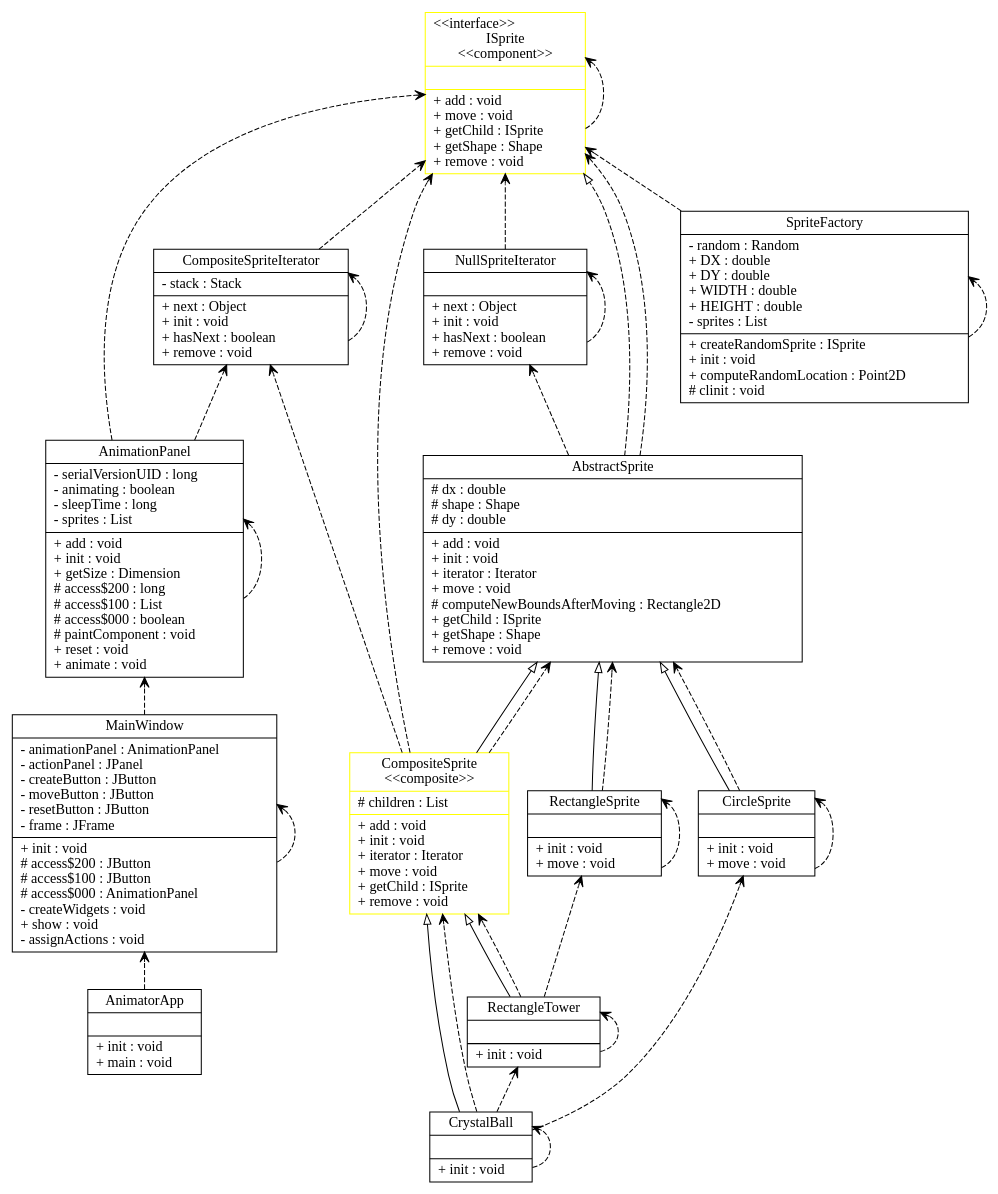
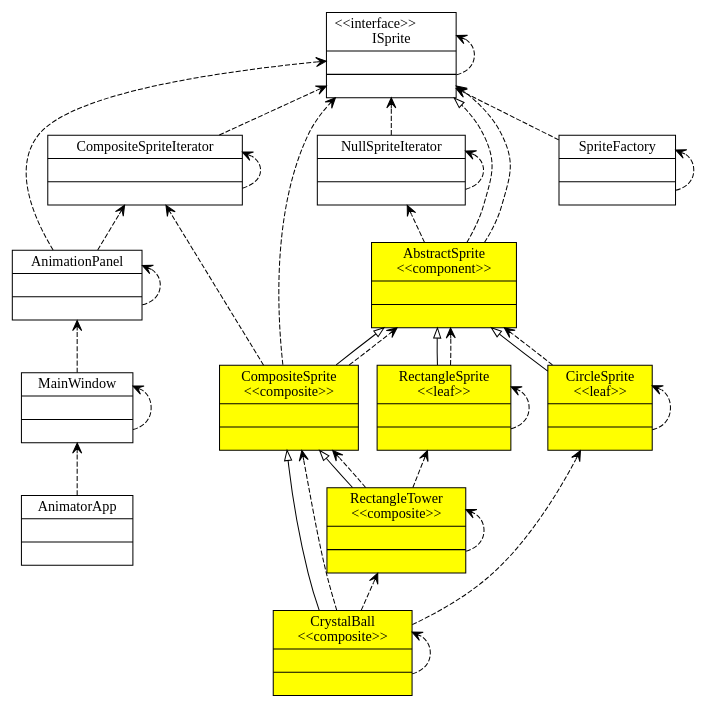
Before and after one commit to cbudo/UMLCreator: the diagram in graph_text/generated_graph.gv, drawn with Graphviz. The commit also changed 5 other files, not shown here.

```diff
--- a/graph_text/generated_graph.gv
+++ b/graph_text/generated_graph.gv
@@ -1,179 +1,103 @@
 digraph UML_Diagram
 {
 rankdir=BT;
 
 RectangleSprite [
-shape = "record", color="black", fillcolor=white, style=filled,
-label = "{RectangleSprite\n|
-|+ init : void\l
-+ move : void\l
-}"];
+shape = "record", color="black", fillcolor=yellow, style=filled,
+label = "{RectangleSprite\n\<\<leaf\>\>\n|
+|}"];
 RectangleSprite -> AbstractSprite [arrowhead="onormal", style="solid"];
 
 CompositeSprite [
-shape = "record", color="yellow", fillcolor=white, style=filled,
+shape = "record", color="black", fillcolor=yellow, style=filled,
 label = "{CompositeSprite\n\<\<composite\>\>\n|
-# children : List\l
-|+ add : void\l
-+ init : void\l
-+ iterator : Iterator\l
-+ move : void\l
-+ getChild : ISprite\l
-+ remove : void\l
-}"];
+|}"];
 CompositeSprite -> AbstractSprite [arrowhead="onormal", style="solid"];
 
 SpriteFactory [
 shape = "record", color="black", fillcolor=white, style=filled,
 label = "{SpriteFactory\n|
-- random : Random\l
-+ DX : double\l
-+ DY : double\l
-+ WIDTH : double\l
-+ HEIGHT : double\l
-- sprites : List\l
-|+ createRandomSprite : ISprite\l
-+ init : void\l
-+ computeRandomLocation : Point2D\l
-# clinit : void\l
-}"];
+|}"];
 
 MainWindow [
 shape = "record", color="black", fillcolor=white, style=filled,
 label = "{MainWindow\n|
-- animationPanel : AnimationPanel\l
-- actionPanel : JPanel\l
-- createButton : JButton\l
-- moveButton : JButton\l
-- resetButton : JButton\l
-- frame : JFrame\l
-|+ init : void\l
-# access$200 : JButton\l
-# access$100 : JButton\l
-# access$000 : AnimationPanel\l
-- createWidgets : void\l
-+ show : void\l
-- assignActions : void\l
-}"];
+|}"];
 
 NullSpriteIterator [
 shape = "record", color="black", fillcolor=white, style=filled,
 label = "{NullSpriteIterator\n|
-|+ next : Object\l
-+ init : void\l
-+ hasNext : boolean\l
-+ remove : void\l
-}"];
+|}"];
 
 CompositeSpriteIterator [
 shape = "record", color="black", fillcolor=white, style=filled,
 label = "{CompositeSpriteIterator\n|
-- stack : Stack\l
-|+ next : Object\l
-+ init : void\l
-+ hasNext : boolean\l
-+ remove : void\l
-}"];
+|}"];
 
 CrystalBall [
-shape = "record", color="black", fillcolor=white, style=filled,
-label = "{CrystalBall\n|
-|+ init : void\l
-}"];
+shape = "record", color="black", fillcolor=yellow, style=filled,
+label = "{CrystalBall\n\<\<composite\>\>\n|
+|}"];
 CrystalBall -> CompositeSprite [arrowhead="onormal", style="solid"];
 
 AnimationPanel [
 shape = "record", color="black", fillcolor=white, style=filled,
 label = "{AnimationPanel\n|
-- serialVersionUID : long\l
-- animating : boolean\l
-- sleepTime : long\l
-- sprites : List\l
-|+ add : void\l
-+ init : void\l
-+ getSize : Dimension\l
-# access$200 : long\l
-# access$100 : List\l
-# access$000 : boolean\l
-# paintComponent : void\l
-+ reset : void\l
-+ animate : void\l
-}"];
+|}"];
 
 CircleSprite [
-shape = "record", color="black", fillcolor=white, style=filled,
-label = "{CircleSprite\n|
-|+ init : void\l
-+ move : void\l
-}"];
+shape = "record", color="black", fillcolor=yellow, style=filled,
+label = "{CircleSprite\n\<\<leaf\>\>\n|
+|}"];
 CircleSprite -> AbstractSprite [arrowhead="onormal", style="solid"];
 
 RectangleTower [
-shape = "record", color="black", fillcolor=white, style=filled,
-label = "{RectangleTower\n|
-|+ init : void\l
-}"];
+shape = "record", color="black", fillcolor=yellow, style=filled,
+label = "{RectangleTower\n\<\<composite\>\>\n|
+|}"];
 RectangleTower -> CompositeSprite [arrowhead="onormal", style="solid"];
 
 AnimatorApp [
 shape = "record", color="black", fillcolor=white, style=filled,
 label = "{AnimatorApp\n|
-|+ init : void\l
-+ main : void\l
-}"];
+|}"];
 
 ISprite [
-shape = "record", color="yellow", fillcolor=white, style=filled,
-label = "{\<\<interface\>\>\lISprite\n\<\<component\>\>\n||+ add : void\l
-+ move : void\l
-+ getChild : ISprite\l
-+ getShape : Shape\l
-+ remove : void\l
-}"];
+shape = "record", color="black", fillcolor=white, style=filled,
+label = "{\<\<interface\>\>\lISprite\n||}"];
 
 AbstractSprite [
-shape = "record", color="black ", fillcolor=white, style=filled,
-label = "{AbstractSprite\n|# dx : double\l
-# shape : Shape\l
-# dy : double\l
-|+ add : void\l
-+ init : void\l
-+ iterator : Iterator\l
-+ move : void\l
-# computeNewBoundsAfterMoving : Rectangle2D\l
-+ getChild : ISprite\l
-+ getShape : Shape\l
-+ remove : void\l
-}"];
+shape = "record", color="black ", fillcolor=yellow, style=filled,
+label = "{AbstractSprite\n\<\<component\>\>\n||}"];
 AbstractSprite -> ISprite [arrowhead="onormal", style="dashed"];
 AnimatorApp -> MainWindow [label = "", arrowhead="vee", style="dashed"];
 AnimationPanel -> ISprite [label = "", arrowhead="vee", style="dashed"];
 AnimationPanel -> AnimationPanel [label = "", arrowhead="vee", style="dashed"];
 AnimationPanel -> CompositeSpriteIterator [label = "", arrowhead="vee", style="dashed"];
 MainWindow -> MainWindow [label = "", arrowhead="vee", style="dashed"];
 MainWindow -> AnimationPanel [label = "", arrowhead="vee", style="dashed"];
 AbstractSprite -> ISprite [label = "", arrowhead="vee", style="dashed"];
 AbstractSprite -> NullSpriteIterator [label = "", arrowhead="vee", style="dashed"];
 CircleSprite -> AbstractSprite [label = "", arrowhead="vee", style="dashed"];
 CircleSprite -> CircleSprite [label = "", arrowhead="vee", style="dashed"];
 CompositeSprite -> AbstractSprite [label = "", arrowhead="vee", style="dashed"];
 CompositeSprite -> CompositeSpriteIterator [label = "", arrowhead="vee", style="dashed"];
 CompositeSprite -> ISprite [label = "", arrowhead="vee", style="dashed"];
 CompositeSpriteIterator -> CompositeSpriteIterator [label = "", arrowhead="vee", style="dashed"];
 CompositeSpriteIterator -> ISprite [label = "", arrowhead="vee", style="dashed"];
 CrystalBall -> CompositeSprite [label = "", arrowhead="vee", style="dashed"];
 CrystalBall -> RectangleTower [label = "", arrowhead="vee", style="dashed"];
 CrystalBall -> CrystalBall [label = "", arrowhead="vee", style="dashed"];
 CrystalBall -> CircleSprite [label = "", arrowhead="vee", style="dashed"];
 ISprite -> ISprite [label = "", arrowhead="vee", style="dashed"];
 NullSpriteIterator -> ISprite [label = "", arrowhead="vee", style="dashed"];
 NullSpriteIterator -> NullSpriteIterator [label = "", arrowhead="vee", style="dashed"];
 RectangleSprite -> AbstractSprite [label = "", arrowhead="vee", style="dashed"];
 RectangleSprite -> RectangleSprite [label = "", arrowhead="vee", style="dashed"];
 RectangleTower -> CompositeSprite [label = "", arrowhead="vee", style="dashed"];
 RectangleTower -> RectangleSprite [label = "", arrowhead="vee", style="dashed"];
 RectangleTower -> RectangleTower [label = "", arrowhead="vee", style="dashed"];
 SpriteFactory -> ISprite [label = "", arrowhead="vee", style="dashed"];
 SpriteFactory -> SpriteFactory [label = "", arrowhead="vee", style="dashed"];
 
 }
```
